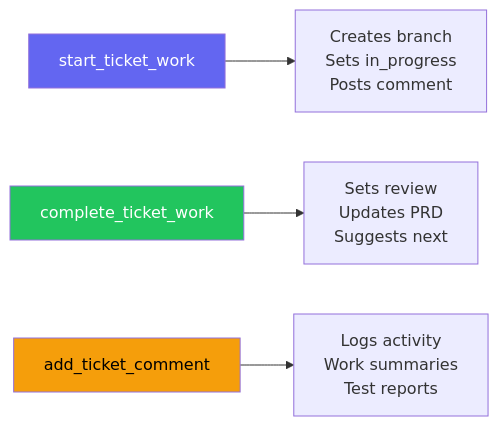
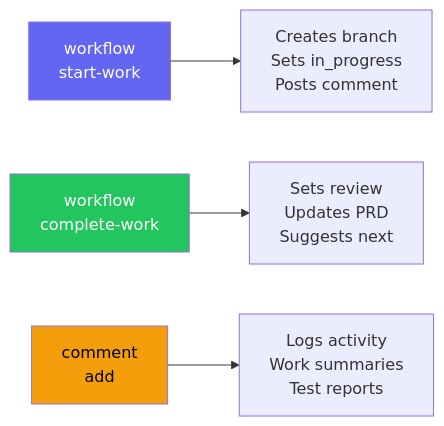
One commit to salmanrrana/brain-dump changed the eighth of 9 diagrams in docs/flows/kanban-workflow.md. Above: the diagram before and after it, drawn with Mermaid. The commit also changed other lines of this file and 203 other files, not shown here.

````diff
--- a/docs/flows/kanban-workflow.md
+++ b/docs/flows/kanban-workflow.md
@@ -320,10 +322,10 @@
 ```mermaid
 flowchart LR
-    A["start_ticket_work"] --> B["Creates branch<br/>Sets in_progress<br/>Posts comment"]
-    C["complete_ticket_work"] --> D["Sets review<br/>Updates PRD<br/>Suggests next"]
-    E["add_ticket_comment"] --> F["Logs activity<br/>Work summaries<br/>Test reports"]
+    A["workflow<br/>start-work"] --> B["Creates branch<br/>Sets in_progress<br/>Posts comment"]
+    C["workflow<br/>complete-work"] --> D["Sets review<br/>Updates PRD<br/>Suggests next"]
+    E["comment<br/>add"] --> F["Logs activity<br/>Work summaries<br/>Test reports"]
 
     style A fill:#6366f1,color:#fff
     style C fill:#22c55e,color:#fff
     style E fill:#f59e0b,color:#000
 ```
````
